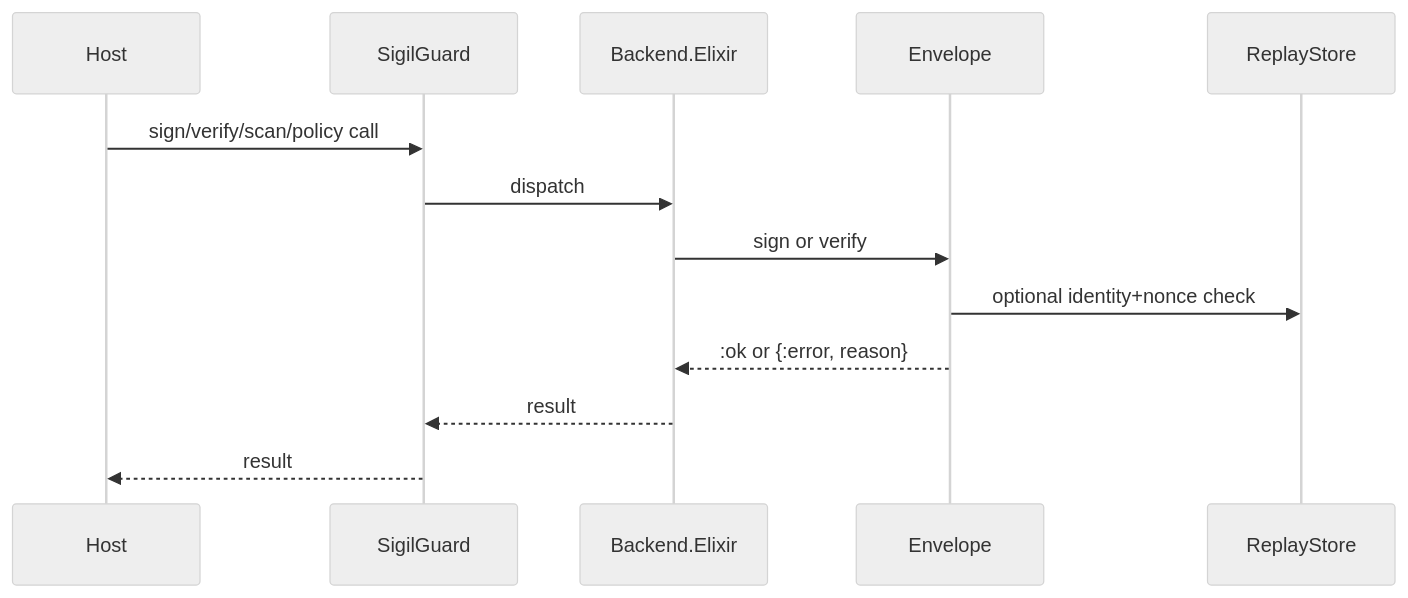
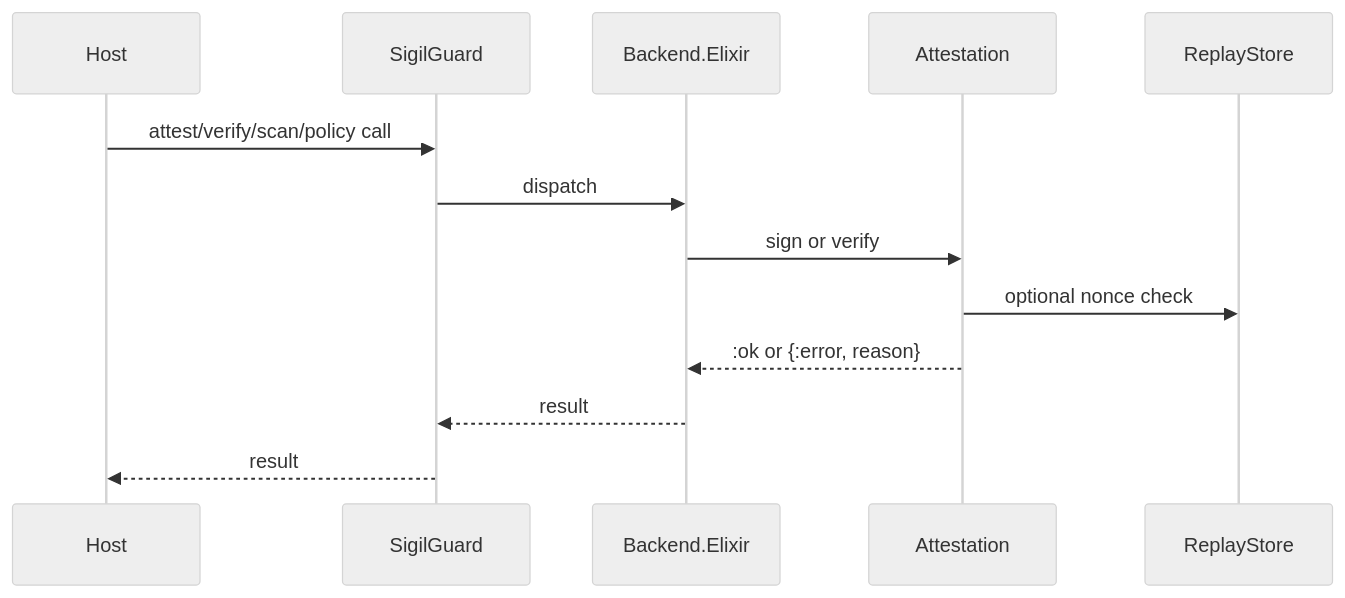
Before and after one commit to futhr/sigil_guard: the diagram in docs/specs/SP.06-envelope-and-native-backend-contracts.md, drawn with Mermaid (neutral theme). The commit also changed other lines of this file and 21 other files, not shown here.

````diff
--- a/docs/specs/SP.06-envelope-and-native-backend-contracts.md
+++ b/docs/specs/SP.06-envelope-and-native-backend-contracts.md
@@ -54,16 +54,16 @@
 ```mermaid
 sequenceDiagram
     participant Host
     participant API as SigilGuard
     participant Backend as Backend.Elixir
-    participant Envelope
+    participant Attestation
     participant Replay as ReplayStore
 
-    Host->>API: sign/verify/scan/policy call
+    Host->>API: attest/verify/scan/policy call
     API->>Backend: dispatch
-    Backend->>Envelope: sign or verify
-    Envelope->>Replay: optional identity+nonce check
-    Envelope-->>Backend: :ok or {:error, reason}
+    Backend->>Attestation: sign or verify
+    Attestation->>Replay: optional nonce check
+    Attestation-->>Backend: :ok or {:error, reason}
     Backend-->>API: result
     API-->>Host: result
 ```
````
